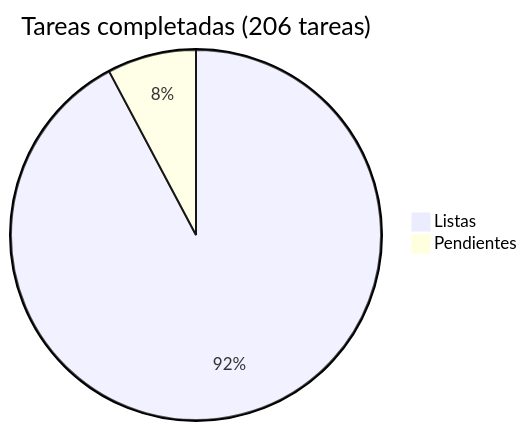
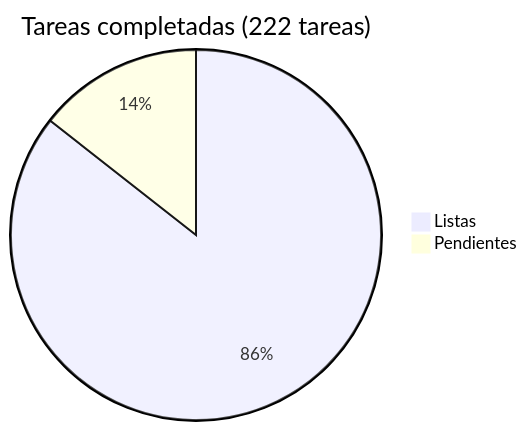
The diagram in docs/roadmap/README.md (araguaney-lat/araguaney), drawn with Mermaid before and after one commit. The commit also changed other lines of this file and 1 other file, not shown here.

Commit message:
docs: add Phase 10 — security hardening roadmap (post-audit 2026-07-01)
16 findings from full-stack security audit: 2 CRITICAL (Cloudflare middleware
bypass, OAuth TOTP bypass), 6 HIGH (R2 ownership, filename injection, open
redirect, rate limiting, TOTP JTI, studio middleware), 5 MEDIUM, 3 LOW.
Grouped into A/B/C/D task groups with verification checklist.

````diff
--- a/docs/roadmap/README.md
+++ b/docs/roadmap/README.md
@@ -5,5 +5,5 @@
 ```mermaid
-pie title Tareas completadas (206 tareas)
+pie title Tareas completadas (222 tareas)
     "Listas" : 190
-    "Pendientes" : 16
+    "Pendientes" : 32
 ```
````
